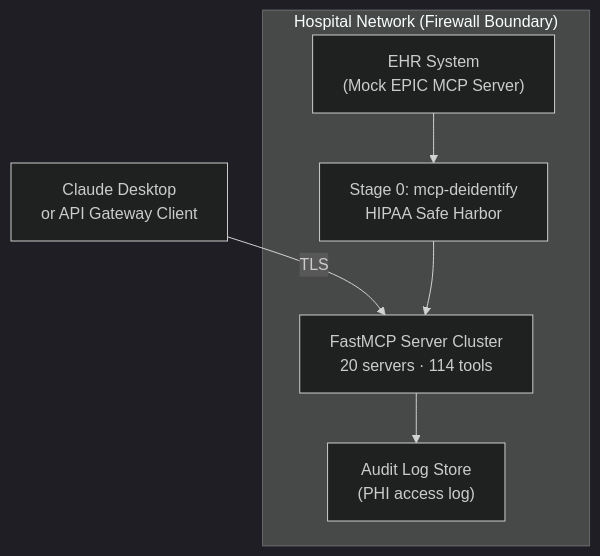
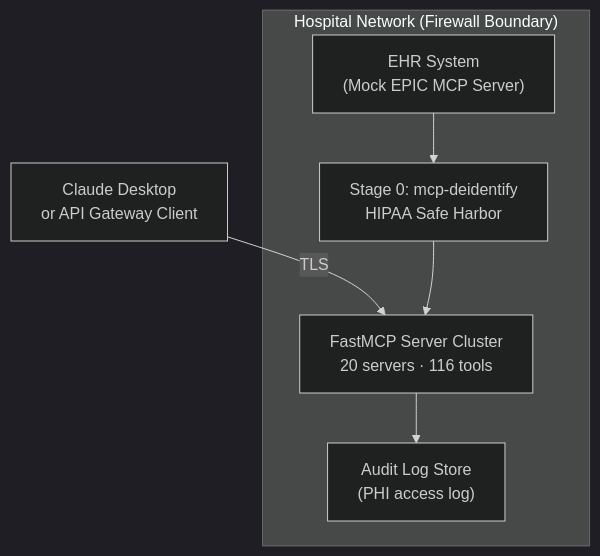
The diagram in docs/for-hospitals/DEPLOYMENT_ARCHITECTURE.md (lynnlangit/spatial-mcp), drawn with Mermaid (dark theme) before and after one commit. The commit also changed 9 other files, not shown here.

````diff
--- a/docs/for-hospitals/DEPLOYMENT_ARCHITECTURE.md
+++ b/docs/for-hospitals/DEPLOYMENT_ARCHITECTURE.md
@@ -5,14 +5,14 @@
 ```mermaid
 graph TD
     subgraph Hospital["Hospital Network (Firewall Boundary)"]
         EHR["EHR System\n(Mock EPIC MCP Server)"]
         STAGE0["Stage 0: mcp-deidentify\nHIPAA Safe Harbor"]
-        MCPCLUSTER["FastMCP Server Cluster\n20 servers · 114 tools"]
+        MCPCLUSTER["FastMCP Server Cluster\n20 servers · 116 tools"]
         AUDIT["Audit Log Store\n(PHI access log)"]
     end
     CLIENT["Claude Desktop\nor API Gateway Client"]
     CLIENT -->|"TLS"| MCPCLUSTER
     EHR --> STAGE0
     STAGE0 --> MCPCLUSTER
     MCPCLUSTER --> AUDIT
 ```
````
